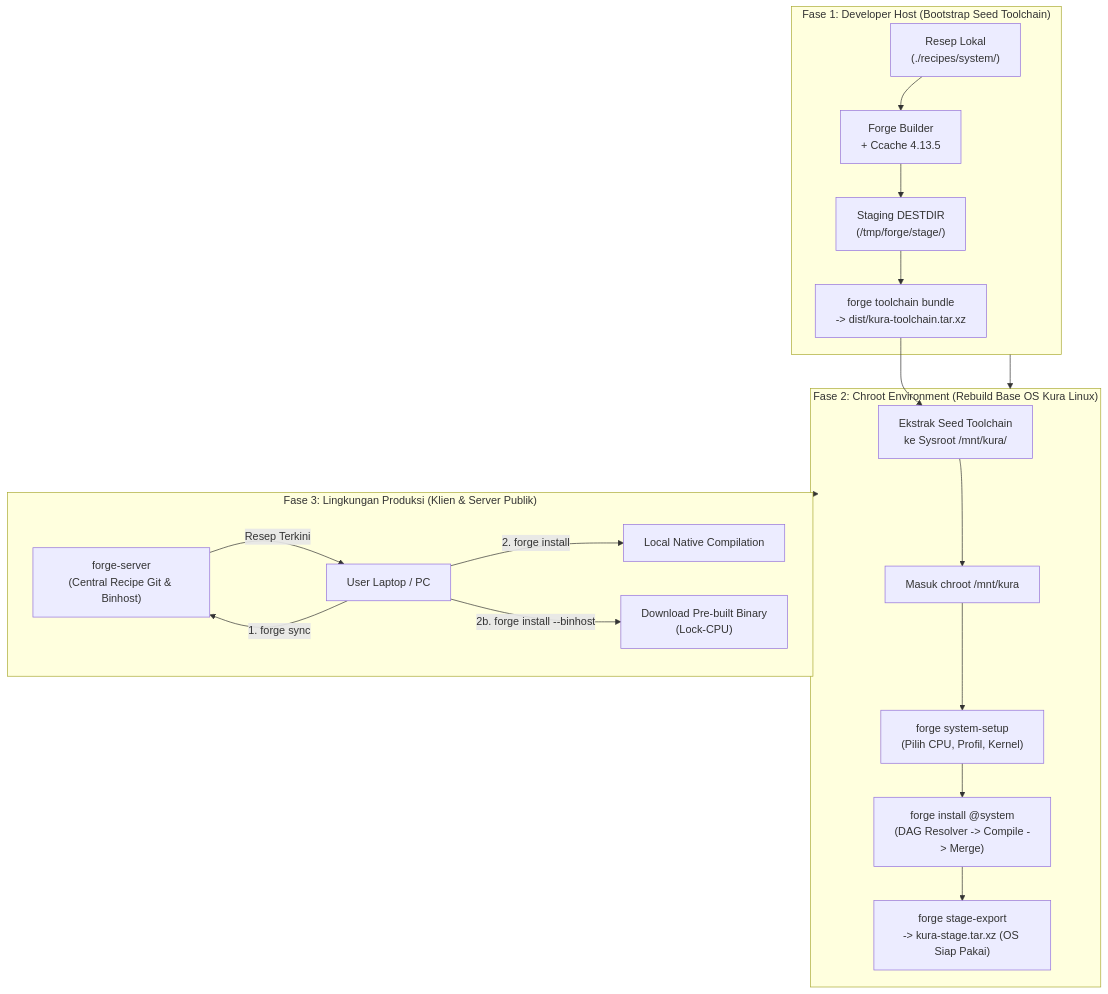
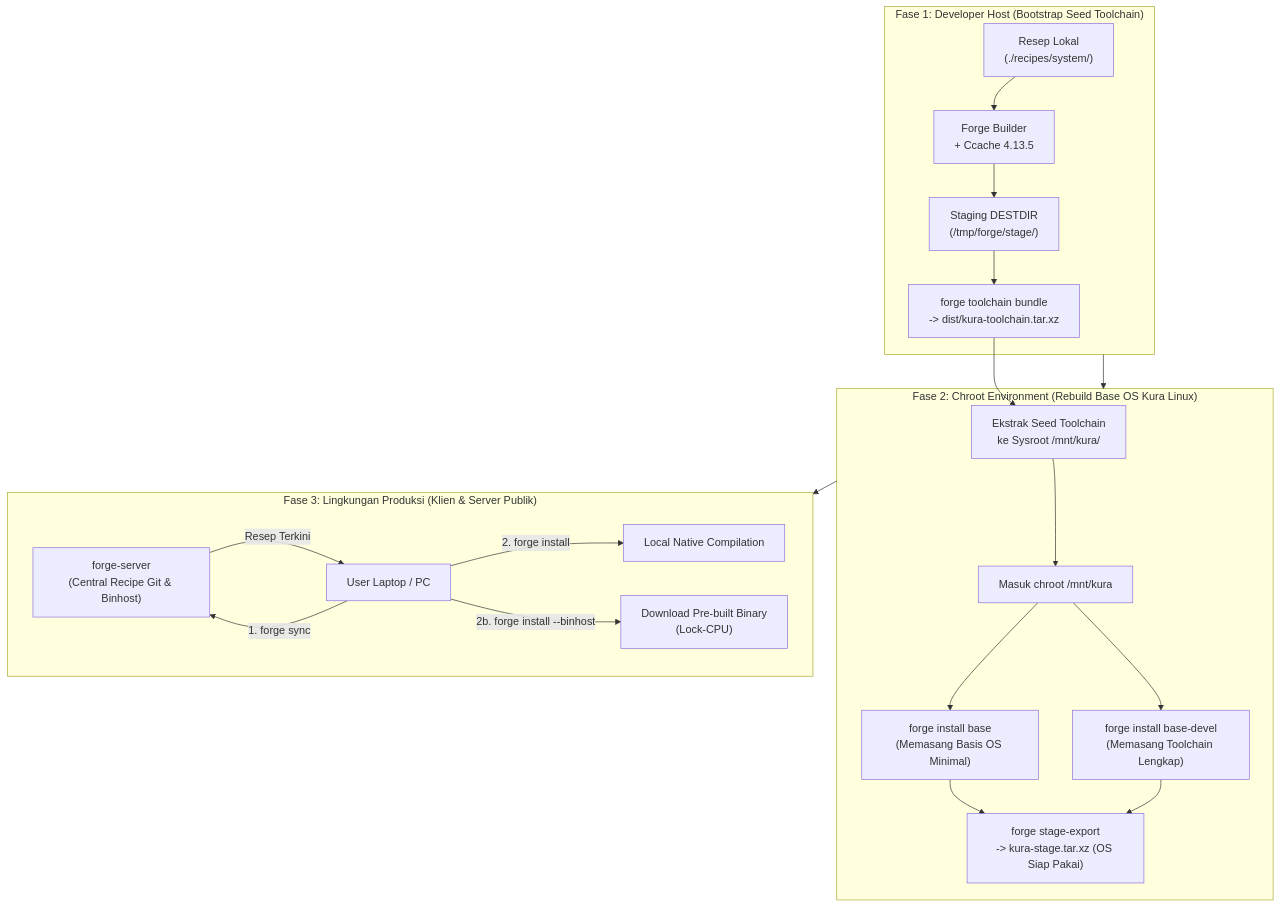
One commit to inimuqsith/Forge changed the diagram in ARCHITECTURE.md. Above: the diagram before and after it, drawn with Mermaid. The commit also changed other lines of this file and 9 other files, not shown here.

Commit message:
refactor: transition to pure meta-package architecture (base & base-devel) and eliminate hardcoded @system and system-setup (ADR-026)

````diff
--- a/ARCHITECTURE.md
+++ b/ARCHITECTURE.md
@@ -52,28 +65,28 @@
 ```mermaid
 flowchart TD
     subgraph EPOCH_1["Fase 1: Developer Host (Bootstrap Seed Toolchain)"]
         A["Resep Lokal\n(./recipes/system/)"] --> B["Forge Builder\n+ Ccache 4.13.5"]
         B --> C["Staging DESTDIR\n(/tmp/forge/stage/)"]
         C --> D["forge toolchain bundle\n-> dist/kura-toolchain.tar.xz"]
     end
 
     subgraph EPOCH_2["Fase 2: Chroot Environment (Rebuild Base OS Kura Linux)"]
         D --> E["Ekstrak Seed Toolchain\nke Sysroot /mnt/kura/"]
         E --> F["Masuk chroot /mnt/kura"]
-        F --> G["forge system-setup\n(Pilih CPU, Profil, Kernel)"]
-        G --> H["forge install @system\n(DAG Resolver -> Compile -> Merge)"]
-        H --> I["forge stage-export\n-> kura-stage.tar.xz (OS Siap Pakai)"]
+        F --> G["forge install base\n(Memasang Basis OS Minimal)"]
+        F --> H["forge install base-devel\n(Memasang Toolchain Lengkap)"]
+        G & H --> I["forge stage-export\n-> kura-stage.tar.xz (OS Siap Pakai)"]
     end
 
     subgraph EPOCH_3["Fase 3: Lingkungan Produksi (Klien & Server Publik)"]
         J["forge-server\n(Central Recipe Git & Binhost)"]
         K["User Laptop / PC"]
         K -- "1. forge sync" --> J
         J -- "Resep Terkini" --> K
         K -- "2. forge install <pkg>" --> L["Local Native Compilation"]
         K -- "2b. forge install --binhost" --> M["Download Pre-built Binary\n(Lock-CPU)"]
     end
 
     EPOCH_1 --> EPOCH_2
     EPOCH_2 --> EPOCH_3
 ```
````
